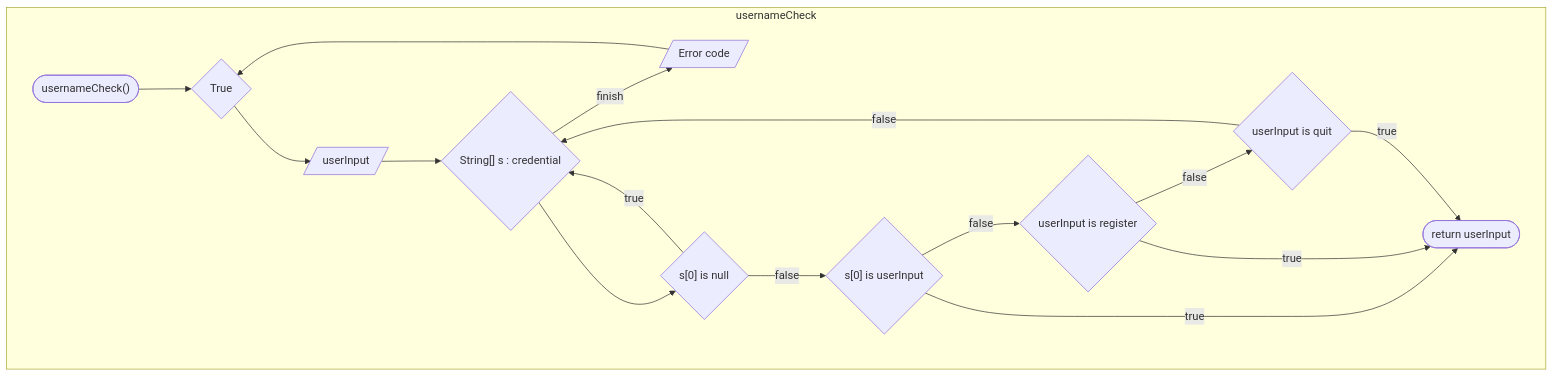
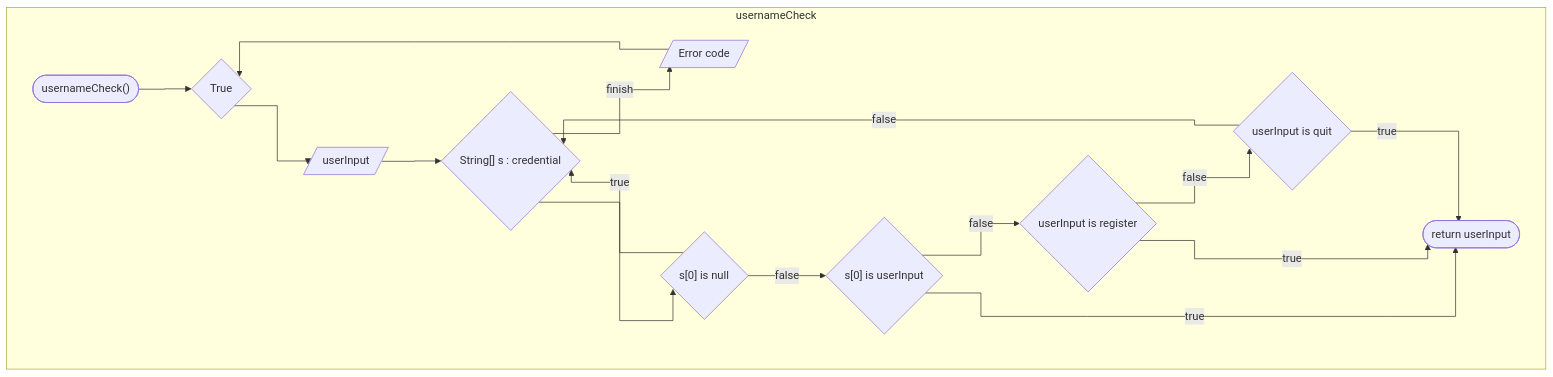
One commit to G4CENeiz/Final-Project changed the diagram in Daspro/smt 1/Flowchart/usernameCheck.mmd. Above: the diagram before and after it, drawn with Mermaid. The commit also changed 2 other files, not shown here.

Commit message:
more flow

```diff
--- a/Daspro/smt 1/Flowchart/usernameCheck.mmd
+++ b/Daspro/smt 1/Flowchart/usernameCheck.mmd
@@ -1,28 +1,29 @@
+%%{ init: { 'flowchart': { 'curve': 'stepAfter' } } }%%
 graph TD
 subgraph usernameCheck
 title(["usernameCheck()"])
 while{"True"} 
 userinput[/"userInput"/]
 for{"String[] s : credential"}
 ifNull{"s[0] is null"}
 ifExist{"s[0] is userInput"}
 ifRegister{"userInput is register"}
 ifQuit{"userInput is quit"}
 prompErr[/"Error code"/]
 return(["return userInput"])
 
 for --> |finish| prompErr 
 prompErr --> while
 ifNull --> |true| for
 title --> while 
 while --> userinput
 userinput --> for
 for --> ifNull
 ifNull --> |false| ifExist
 ifExist --> |false| ifRegister
 ifRegister --> |false| ifQuit
 ifQuit --> |false| for
 ifExist --> |true| return
 ifRegister --> |true| return
 ifQuit --> |true| return
 end
```
